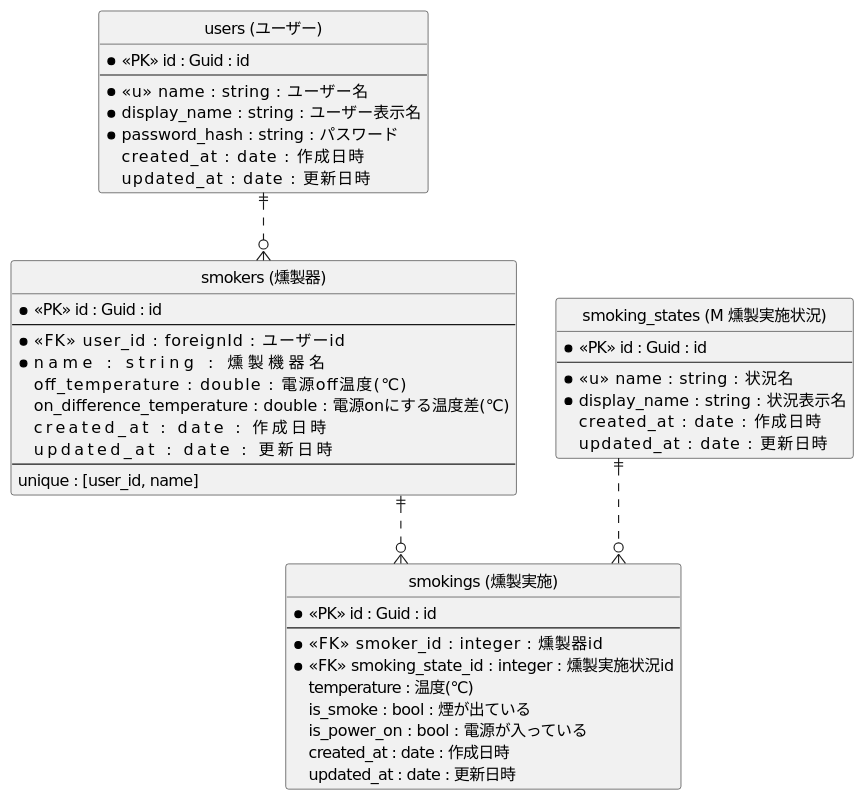
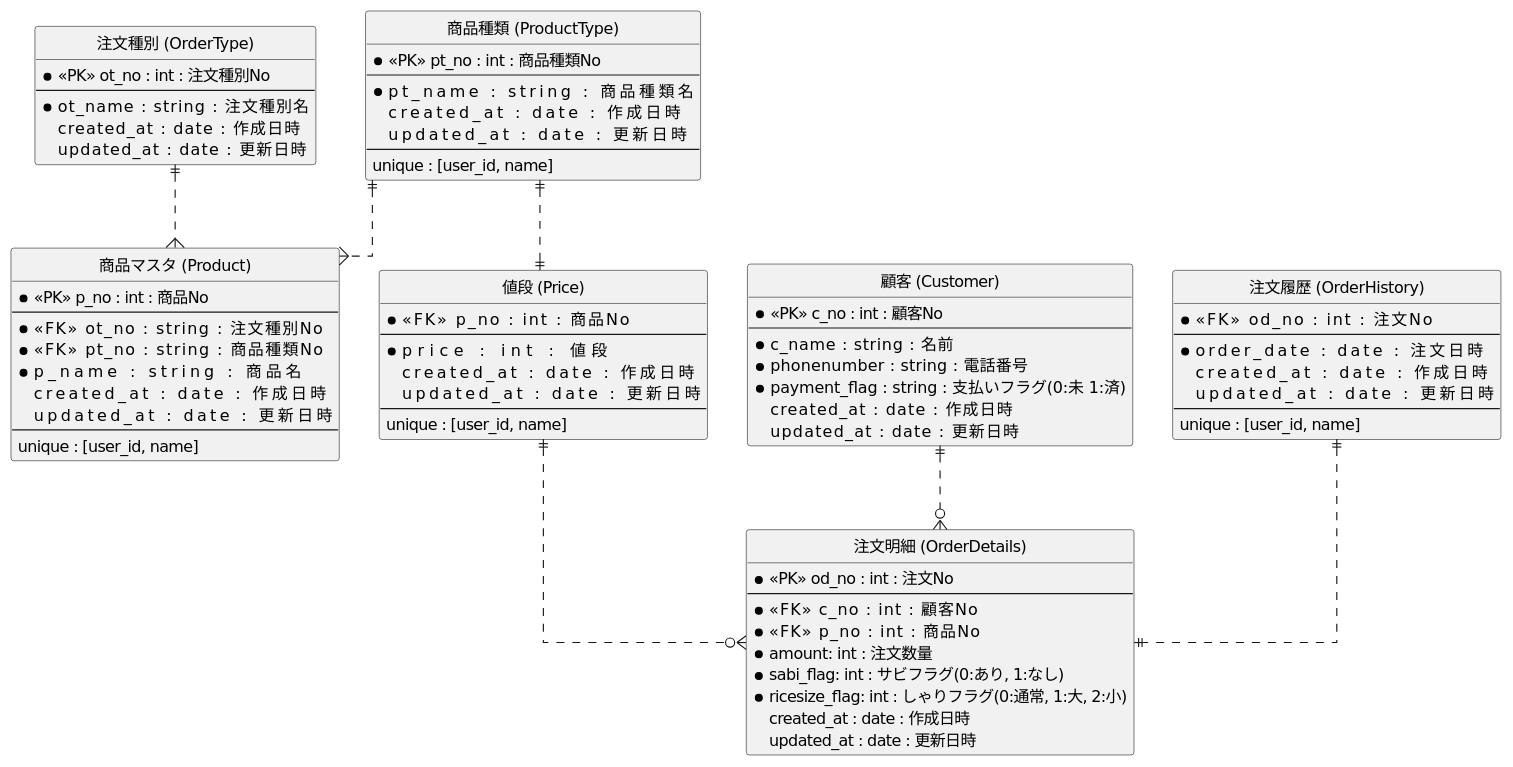
The diagram in 01.データベース設計/DBモデリング1/ERdiagram.pu (SatakeYusuke19920527/PrAhaChallenge), drawn with PlantUML before and after one commit. The commit also changed 3 other files, not shown here.

```diff
--- a/01.データベース設計/DBモデリング1/ERdiagram.pu
+++ b/01.データベース設計/DBモデリング1/ERdiagram.pu
@@ -1,53 +1,84 @@
-@startuml test
+@startuml sushi
  hide circle
  skinparam linetype ortho
 
- entity "users (ユーザー)" as users {
-     * <<PK>> id : Guid : id
+ entity "注文種別 (OrderType)" as OrderType {
+     * <<PK>> ot_no : int : 注文種別No
      --
-     * <<u>> name    : string    : ユーザー名
-     * display_name  : string    : ユーザー表示名
-     * password_hash : string    : パスワード
+     * ot_name       : string    : 注文種別名
      created_at      : date      : 作成日時
      updated_at      : date      : 更新日時
  }
 
- entity "smokers (燻製器)" as smokers {
-     * <<PK>> id : Guid : id
+ entity "商品マスタ (Product)" as Product {
+     * <<PK>> p_no : int : 商品No
      --
-     * <<FK>> user_id            : foreignId : ユーザーid
-     * name                      : string    : 燻製機器名
-     off_temperature             : double    : 電源off温度(℃)
-     on_difference_temperature   : double    : 電源onにする温度差(℃)
+     * <<FK>> ot_no              : string : 注文種別No
+     * <<FK>> pt_no              : string : 商品種類No
+     * p_name                    : string    : 商品名
      created_at                  : date      : 作成日時
      updated_at                  : date      : 更新日時
      --
      unique : [user_id, name] 
  }
 
- entity "smoking_states (M 燻製実施状況)" as smoking_states {
-     * <<PK>> id : Guid : id
+ entity "商品種類 (ProductType)" as ProductType {
+     * <<PK>> pt_no : int : 商品種類No
      --
-     * <<u>> name    : string    : 状況名
-     * display_name  : string    : 状況表示名
+     * pt_name                    : string    : 商品種類名
+     created_at                  : date      : 作成日時
+     updated_at                  : date      : 更新日時
+     --
+     unique : [user_id, name] 
+ }
+
+  entity "値段 (Price)" as Price {
+     * <<FK>> p_no              : int : 商品No
+     --
+     * price                    : int    : 値段
+     created_at                  : date      : 作成日時
+     updated_at                  : date      : 更新日時
+     --
+     unique : [user_id, name] 
+ }
+
+ entity "顧客 (Customer)" as Customer {
+     * <<PK>> c_no : int : 顧客No
+     --
+     * c_name    : string    : 名前
+     * phonenumber  : string    : 電話番号
+     * payment_flag  : string    : 支払いフラグ(0:未 1:済)
      created_at      : date      : 作成日時
      updated_at      : date      : 更新日時
  }
 
- entity "smokings (燻製実施)" as smokings {
-     * <<PK>> id : Guid : id
+ entity "注文明細 (OrderDetails)" as OrderDetails {
+     * <<PK>> od_no : int : 注文No
      --
-     * <<FK>> smoker_id          : integer : 燻製器id
-     * <<FK>> smoking_state_id   : integer : 燻製実施状況id
-     temperature : 温度(℃)
-     is_smoke : bool : 煙が出ている
-     is_power_on : bool : 電源が入っている
+     * <<FK>> c_no          : int : 顧客No
+     * <<FK>> p_no          : int : 商品No
+     * amount: int : 注文数量 
+     * sabi_flag: int : サビフラグ(0:あり, 1:なし)
+     * ricesize_flag: int : しゃりフラグ(0:通常, 1:大, 2:小)
      created_at : date : 作成日時
      updated_at : date : 更新日時
  }
 
- users ||..o{ smokers
- smoking_states ||..o{ smokings
- smokers ||..o{ smokings
+entity "注文履歴 (OrderHistory)" as OrderHistory {
+     * <<FK>> od_no              : int : 注文No
+     --
+     * order_date                : date      : 注文日時
+     created_at                  : date      : 作成日時
+     updated_at                  : date      : 更新日時
+     --
+     unique : [user_id, name] 
+ }
+
+ OrderType ||..{ Product
+ ProductType ||..{ Product
+ ProductType ||..|| Price
+ Customer ||..o{ OrderDetails
+ Price ||..o{ OrderDetails
+ OrderHistory ||..|| OrderDetails
 
  @enduml
```
